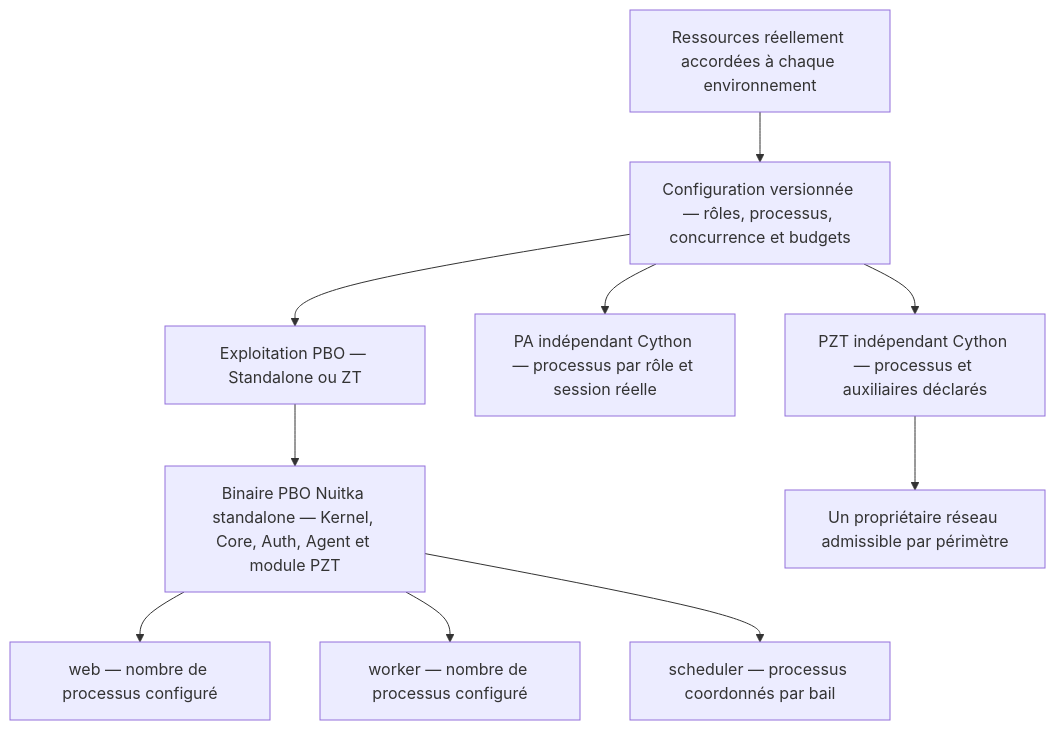
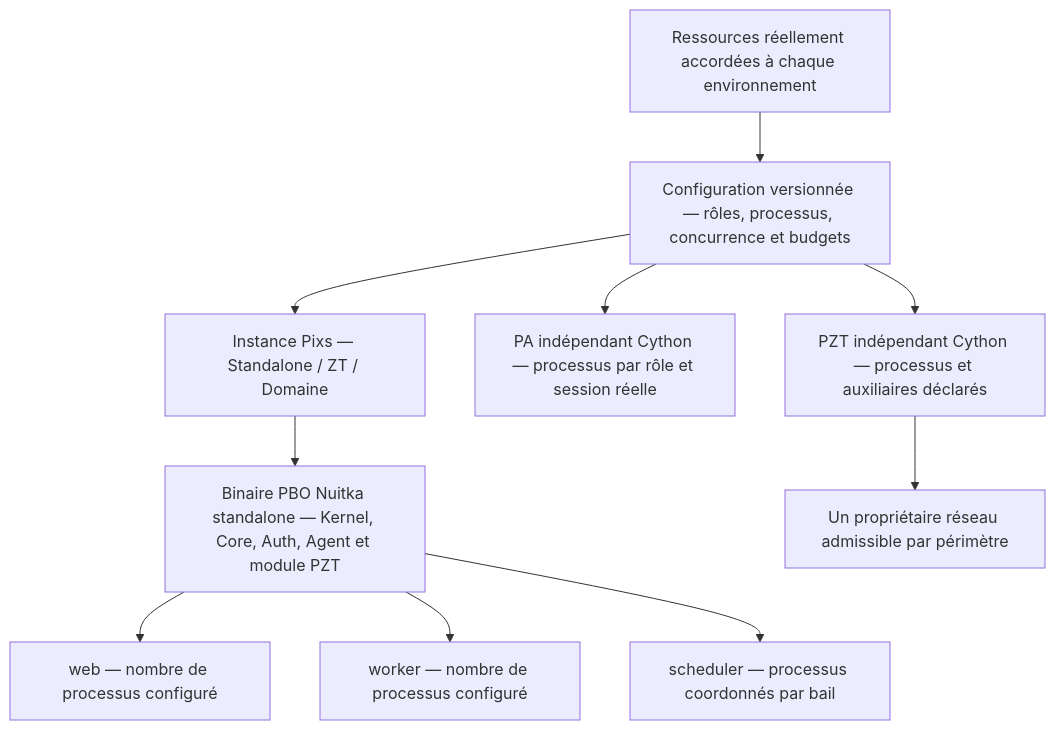
Before and after one commit to AzenorPixs/pixs: the diagram in openspec/specs/runtime/spec.md, drawn with Mermaid. The commit also changed other lines of this file and 1749 other files, not shown here.

````diff
--- a/openspec/specs/runtime/spec.md
+++ b/openspec/specs/runtime/spec.md
@@ -6,12 +6,12 @@
 ```mermaid
 flowchart TB
     H["Ressources réellement accordées à chaque environnement"] --> Q["Configuration versionnée — rôles, processus, concurrence et budgets"]
-    Q --> E["Exploitation PBO — Standalone ou ZT"]
+    Q --> E["Instance Pixs — Standalone / ZT / Domaine"]
     E --> B["Binaire PBO Nuitka standalone — Kernel, Core, Auth, Agent et module PZT"]
     B --> W["web — nombre de processus configuré"]
     B --> J["worker — nombre de processus configuré"]
     B --> S["scheduler — processus coordonnés par bail"]
     Q --> A["PA indépendant Cython — processus par rôle et session réelle"]
     Q --> T["PZT indépendant Cython — processus et auxiliaires déclarés"]
     T --> O["Un propriétaire réseau admissible par périmètre"]
 ```
````
